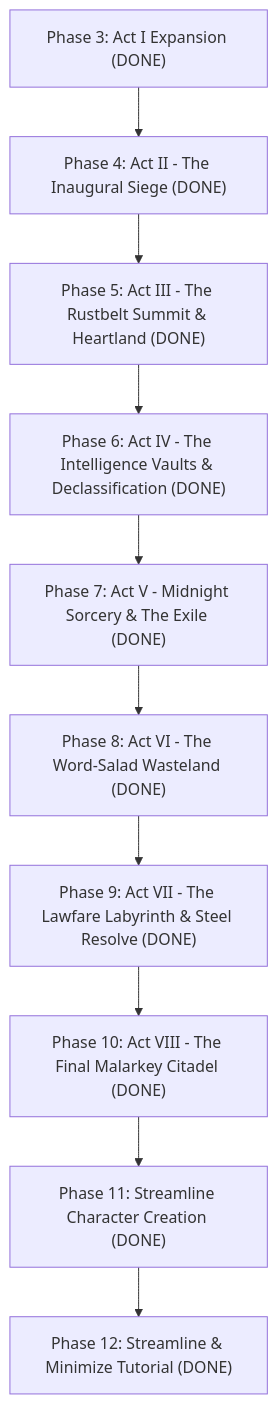
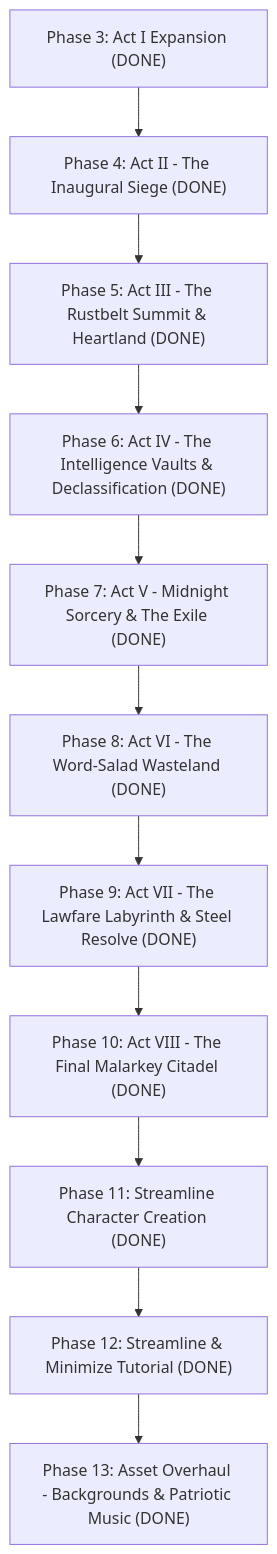
The diagram in PROJECT_HANDOFF_PLAN.md (Todd0042/commander-america-rpg), drawn with Mermaid before and after one commit. The commit also changed other lines of this file and 89 other files, not shown here.

Commit message:
Complete Phase 13: Asset Overhaul - Unique Story Backgrounds & Patriotic Victory Music

````diff
--- a/PROJECT_HANDOFF_PLAN.md
+++ b/PROJECT_HANDOFF_PLAN.md
@@ -200,12 +223,13 @@
 ```mermaid
 flowchart TD
     P3["Phase 3: Act I Expansion (DONE)"] --> P4["Phase 4: Act II - The Inaugural Siege (DONE)"]
     P4 --> P5["Phase 5: Act III - The Rustbelt Summit & Heartland (DONE)"]
     P5 --> P6["Phase 6: Act IV - The Intelligence Vaults & Declassification (DONE)"]
     P6 --> P7["Phase 7: Act V - Midnight Sorcery & The Exile (DONE)"]
     P7 --> P8["Phase 8: Act VI - The Word-Salad Wasteland (DONE)"]
     P8 --> P9["Phase 9: Act VII - The Lawfare Labyrinth & Steel Resolve (DONE)"]
     P9 --> P10["Phase 10: Act VIII - The Final Malarkey Citadel (DONE)"]
     P10 --> P11["Phase 11: Streamline Character Creation (DONE)"]
     P11 --> P12["Phase 12: Streamline & Minimize Tutorial (DONE)"]
+    P12 --> P13["Phase 13: Asset Overhaul - Backgrounds & Patriotic Music (DONE)"]
 ```
````
